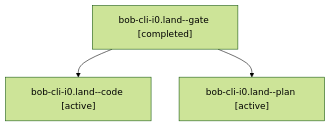
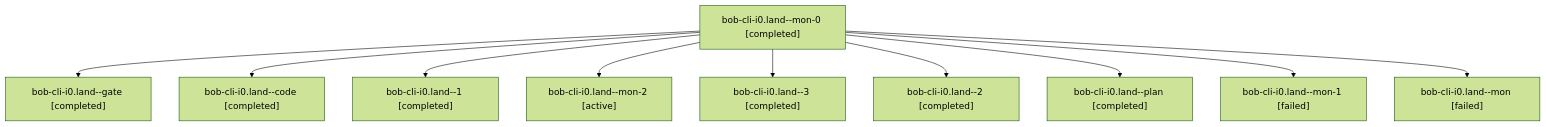
Before and after one commit to bobs-org/bob-cli--agents: the diagram in sessions/bbugyi200.athena.bob-cli-i0.land.md, drawn with Mermaid (forest theme). The commit also changed other lines of this file and 64 other files, not shown here.

````diff
--- a/sessions/bbugyi200.athena.bob-cli-i0.land.md
+++ b/sessions/bbugyi200.athena.bob-cli-i0.land.md
@@ -9,8 +9,22 @@
 ```mermaid
 flowchart TD
-  n0["bob-cli-i0.land--gate [completed]"]
-  n1["bob-cli-i0.land--code [active]"]
+  n0["bob-cli-i0.land--mon-0 [completed]"]
+  n1["bob-cli-i0.land--gate [completed]"]
   n0 --> n1
-  n2["bob-cli-i0.land--plan [active]"]
+  n2["bob-cli-i0.land--code [completed]"]
   n0 --> n2
+  n3["bob-cli-i0.land--1 [completed]"]
+  n0 --> n3
+  n4["bob-cli-i0.land--mon-2 [active]"]
+  n0 --> n4
+  n5["bob-cli-i0.land--3 [completed]"]
+  n0 --> n5
+  n6["bob-cli-i0.land--2 [completed]"]
+  n0 --> n6
+  n7["bob-cli-i0.land--plan [completed]"]
+  n0 --> n7
+  n8["bob-cli-i0.land--mon-1 [failed]"]
+  n0 --> n8
+  n9["bob-cli-i0.land--mon [failed]"]
+  n0 --> n9
 ```
````
